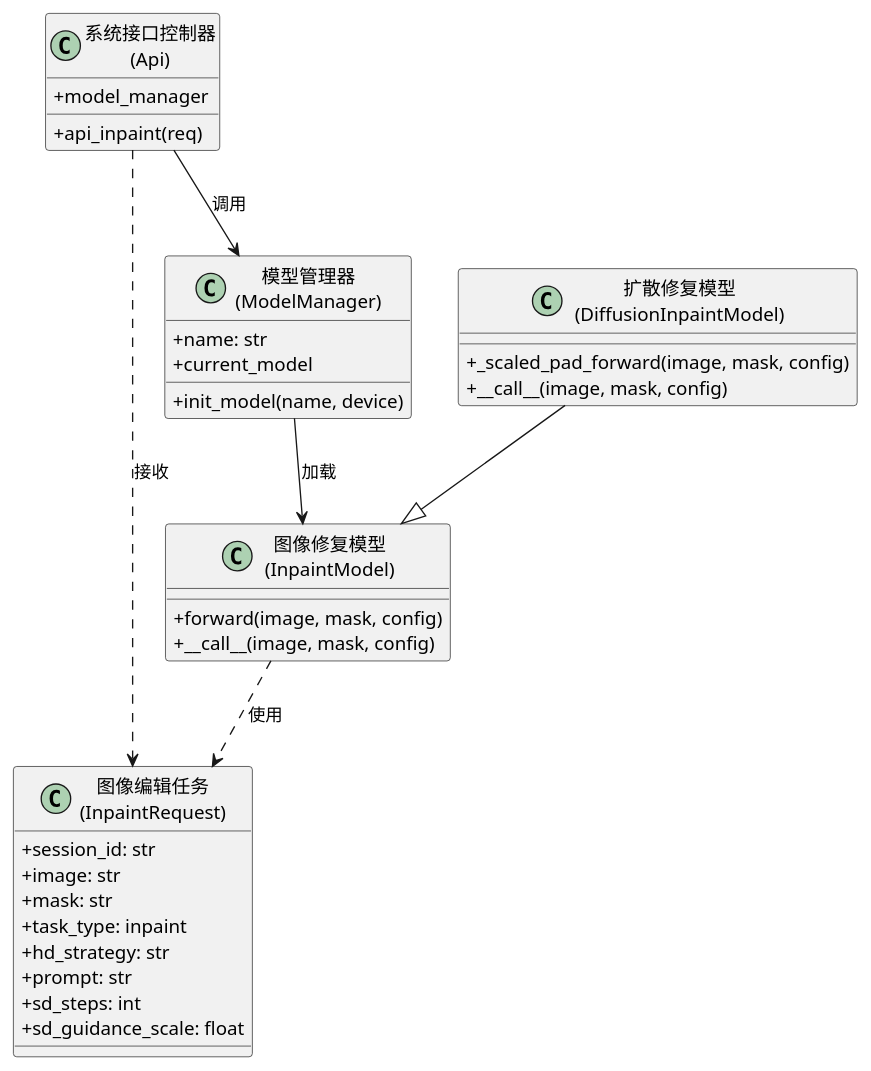
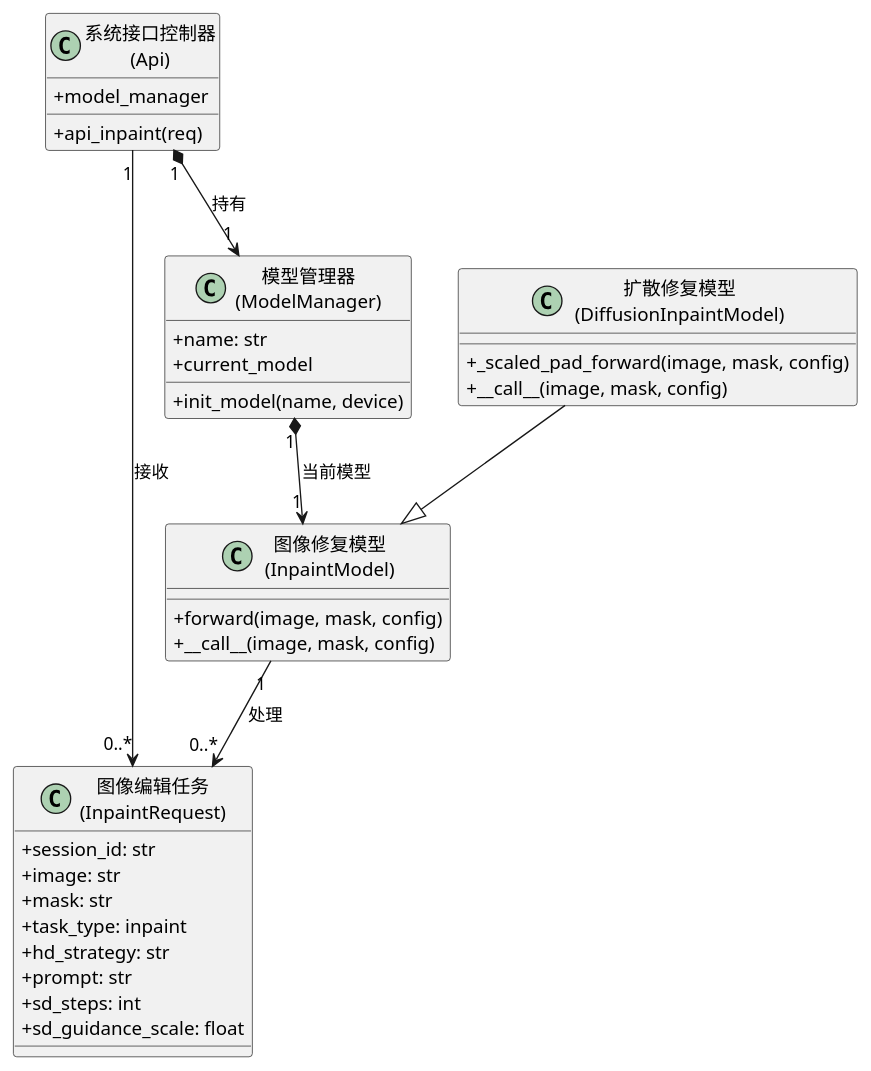
One commit to LyferLu/Artie changed the sixth of 26 diagrams in doc/paper.md. Above: the diagram before and after it, drawn with PlantUML. The commit also changed other lines of this file, not shown here.

````diff
--- a/doc/paper.md
+++ b/doc/paper.md
@@ -851,43 +851,43 @@
 ```plantuml
 @startuml
 skinparam classAttributeIconSize 0
 
 class "系统接口控制器\n(Api)" as Api {
   +model_manager
   +api_inpaint(req)
 }
 
 class "图像编辑任务\n(InpaintRequest)" as InpaintRequest {
   +session_id: str
   +image: str
   +mask: str
   +task_type: inpaint
   +hd_strategy: str
   +prompt: str
   +sd_steps: int
   +sd_guidance_scale: float
 }
 
 class "模型管理器\n(ModelManager)" as ModelManager {
   +name: str
   +current_model
   +init_model(name, device)
 }
 
 class "图像修复模型\n(InpaintModel)" as InpaintModel {
   +forward(image, mask, config)
   +__call__(image, mask, config)
 }
 
 class "扩散修复模型\n(DiffusionInpaintModel)" as DiffusionInpaintModel {
   +_scaled_pad_forward(image, mask, config)
   +__call__(image, mask, config)
 }
 
-Api ..> InpaintRequest : 接收
-Api --> ModelManager : 调用
-ModelManager --> InpaintModel : 加载
+Api "1" --> "0..*" InpaintRequest : 接收
+Api "1" *--> "1" ModelManager : 持有
+ModelManager "1" *--> "1" InpaintModel : 当前模型
 DiffusionInpaintModel --|> InpaintModel
-InpaintModel ..> InpaintRequest : 使用
+InpaintModel "1" --> "0..*" InpaintRequest : 处理
 @enduml
 ```
````
